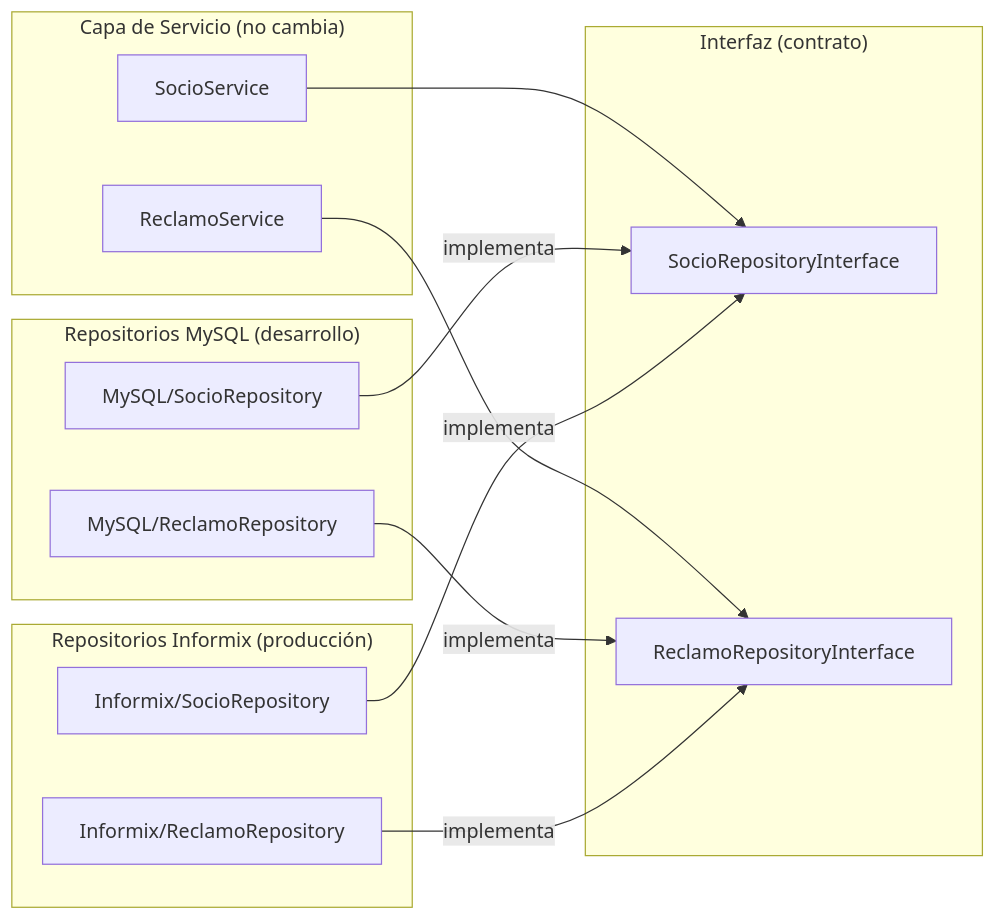
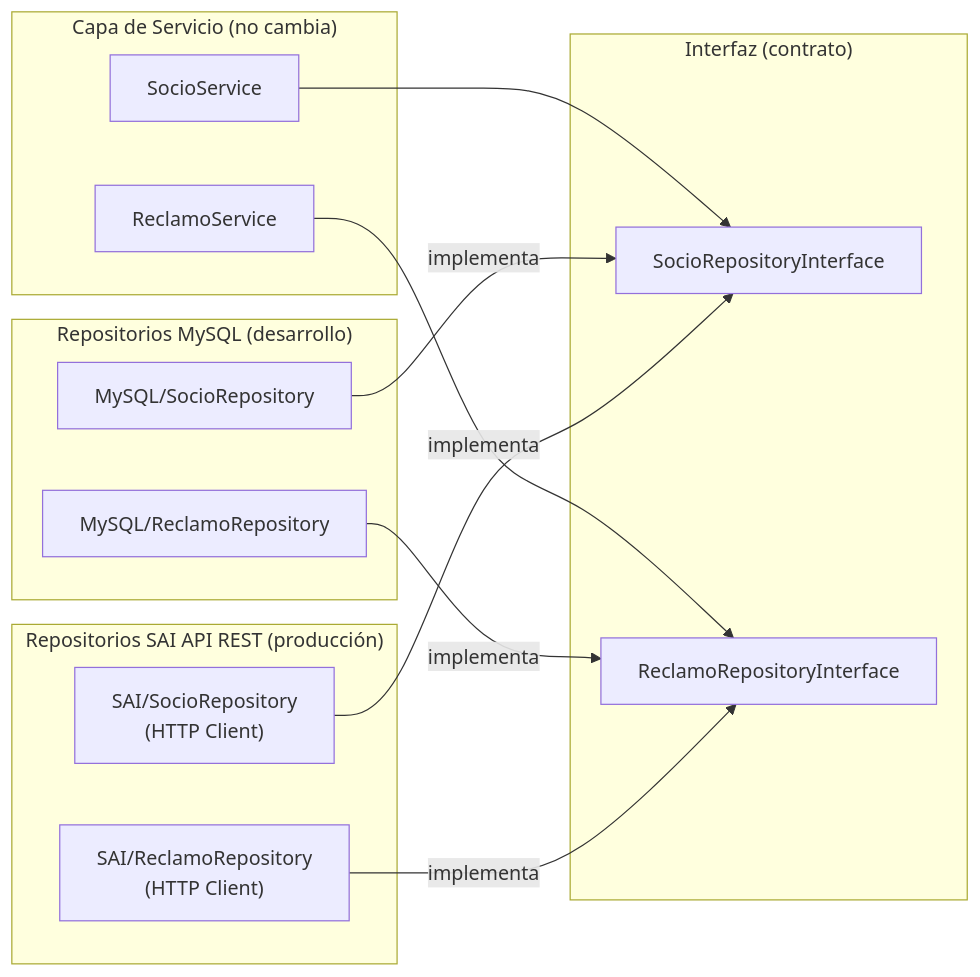
One commit to AireyuC/Cosmol-Chatbot changed the second of 2 diagrams in Docs/chichico-fabian/fases_paraBackend/fase5_migracion_informix.md. Above: the diagram before and after it, drawn with Mermaid. The commit also changed other lines of this file and 9 other files, not shown here.

````diff
--- a/Docs/chichico-fabian/fases_paraBackend/fase5_migracion_informix.md
+++ b/Docs/chichico-fabian/fases_paraBackend/fase5_migracion_informix.md
@@ -101,29 +182,29 @@
 ```mermaid
 graph LR
     subgraph "Capa de Servicio (no cambia)"
         SS["SocioService"]
         RS["ReclamoService"]
     end
 
     subgraph "Repositorios MySQL (desarrollo)"
         MS["MySQL/SocioRepository"]
         MR["MySQL/ReclamoRepository"]
     end
 
-    subgraph "Repositorios Informix (producción)"
-        IS["Informix/SocioRepository"]
-        IR["Informix/ReclamoRepository"]
+    subgraph "Repositorios SAI API REST (producción)"
+        IS["SAI/SocioRepository\n(HTTP Client)"]
+        IR["SAI/ReclamoRepository\n(HTTP Client)"]
     end
 
     subgraph "Interfaz (contrato)"
         SI["SocioRepositoryInterface"]
         RI["ReclamoRepositoryInterface"]
     end
 
     SS --> SI
     RS --> RI
     MS -->|implementa| SI
     IS -->|implementa| SI
     MR -->|implementa| RI
     IR -->|implementa| RI
 ```
````
